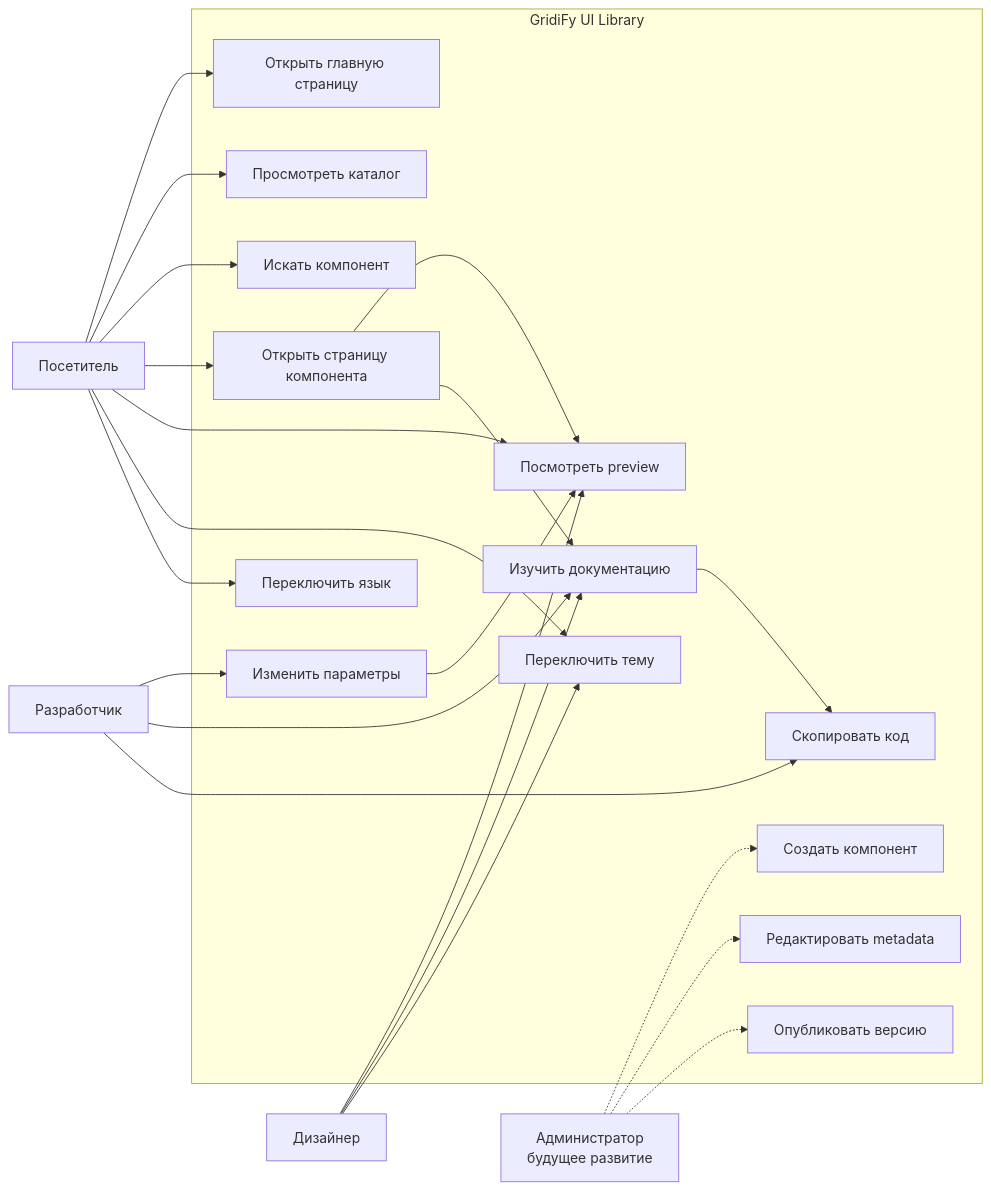
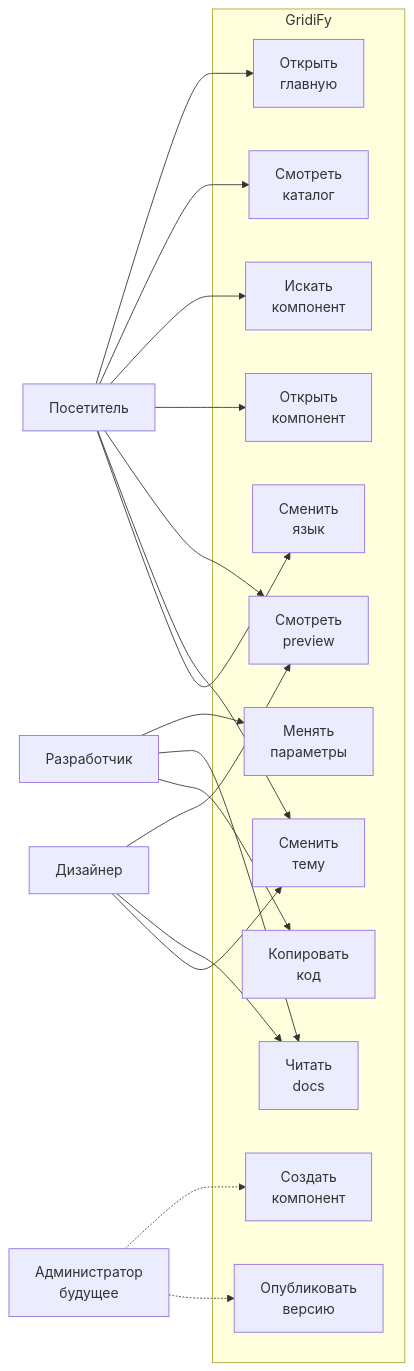
One commit to 4Raus/GridiFy changed the second of 8 diagrams in README.md. Above: the diagram before and after it, drawn with Mermaid. The commit also changed other lines of this file, not shown here.

````diff
--- a/README.md
+++ b/README.md
@@ -424,48 +427,41 @@
 ```mermaid
 flowchart LR
     Visitor["Посетитель"]
     Developer["Разработчик"]
     Designer["Дизайнер"]
-    Admin["Администратор<br/>будущее развитие"]
+    Admin["Администратор<br/>будущее"]
 
-    subgraph System["GridiFy UI Library"]
-        UC1["Открыть главную страницу"]
-        UC2["Просмотреть каталог"]
-        UC3["Искать компонент"]
-        UC4["Открыть страницу компонента"]
-        UC5["Посмотреть preview"]
-        UC6["Изменить параметры"]
-        UC7["Изучить документацию"]
-        UC8["Скопировать код"]
-        UC9["Переключить тему"]
-        UC10["Переключить язык"]
-        UC11["Создать компонент"]
-        UC12["Редактировать metadata"]
-        UC13["Опубликовать версию"]
+    subgraph G["GridiFy"]
+        UC1["Открыть<br/>главную"]
+        UC2["Смотреть<br/>каталог"]
+        UC3["Искать<br/>компонент"]
+        UC4["Открыть<br/>компонент"]
+        UC5["Смотреть<br/>preview"]
+        UC6["Менять<br/>параметры"]
+        UC7["Читать<br/>docs"]
+        UC8["Копировать<br/>код"]
+        UC9["Сменить<br/>тему"]
+        UC10["Сменить<br/>язык"]
+        UC11["Создать<br/>компонент"]
+        UC12["Опубликовать<br/>версию"]
     end
 
     Visitor --> UC1
     Visitor --> UC2
     Visitor --> UC3
     Visitor --> UC4
     Visitor --> UC5
     Visitor --> UC9
     Visitor --> UC10
 
     Developer --> UC6
     Developer --> UC7
     Developer --> UC8
 
     Designer --> UC5
     Designer --> UC7
     Designer --> UC9
 
     Admin -.-> UC11
     Admin -.-> UC12
-    Admin -.-> UC13
-
-    UC4 --> UC5
-    UC4 --> UC7
-    UC6 --> UC5
-    UC7 --> UC8
 ```
````
